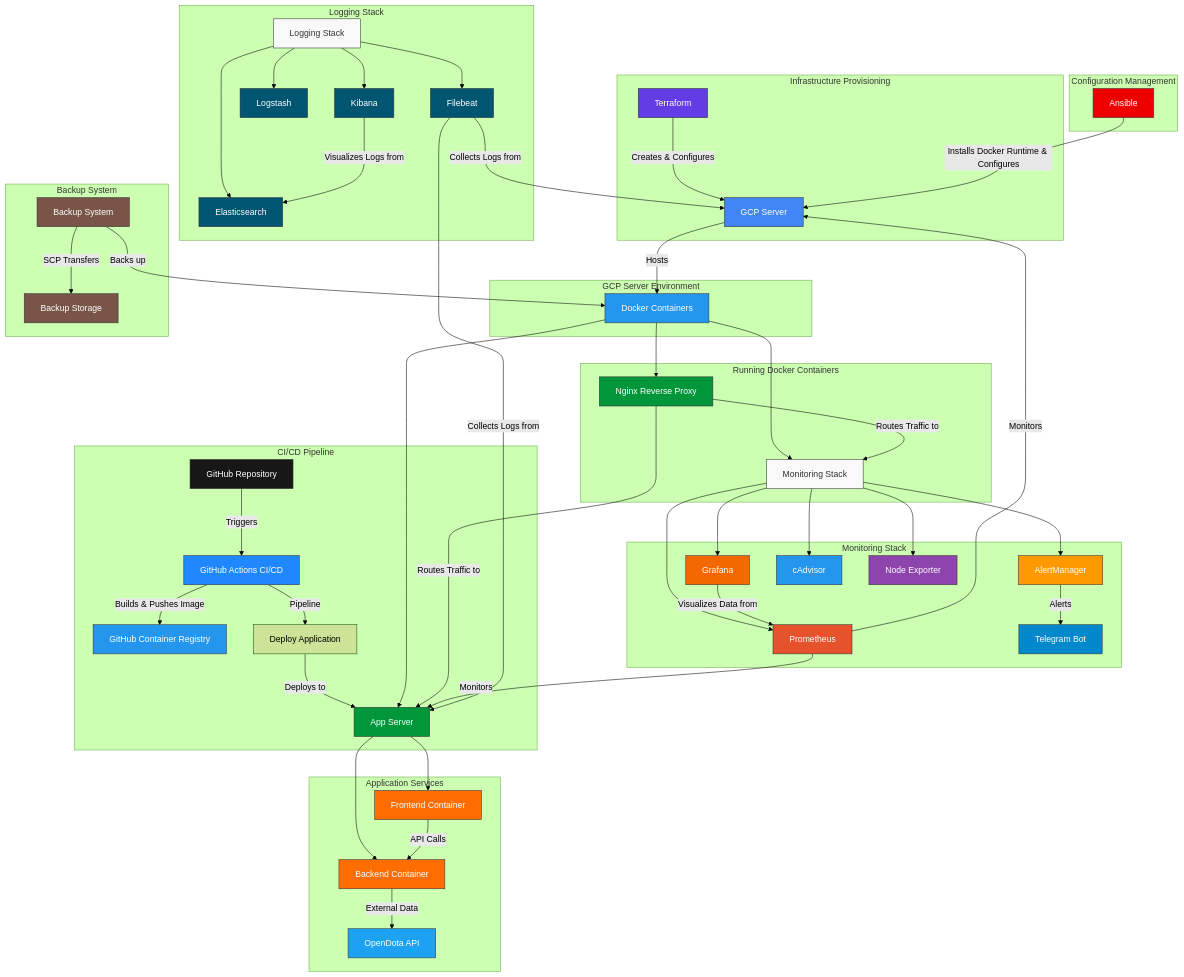
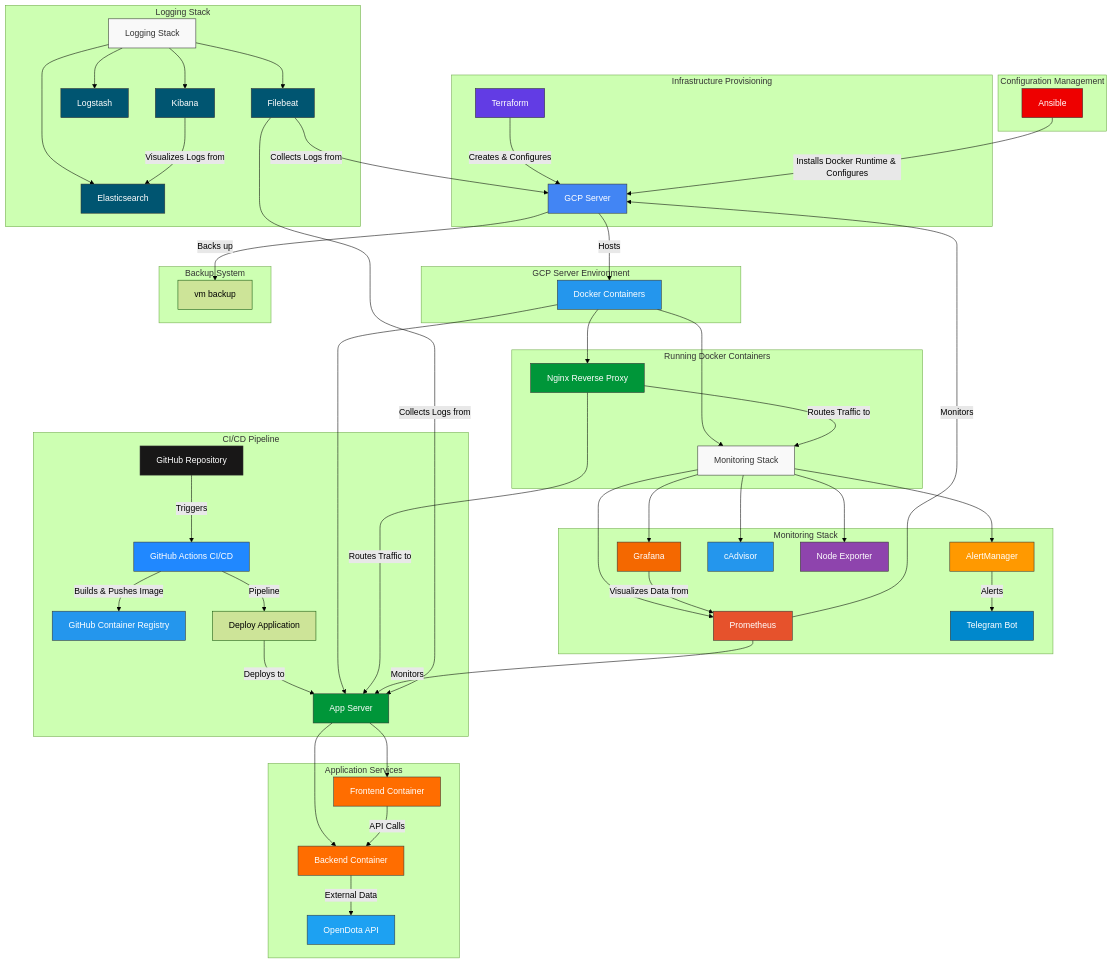
Before and after one commit to svdbel/GameStats-Hub: the diagram in README.md, drawn with Mermaid (forest theme).

````diff
--- a/README.md
+++ b/README.md
@@ -71,8 +71,7 @@
     end
 
     subgraph "Backup System"
-        Backup[Backup System] -- "SCP Transfers" --> BackupStorage[Backup Storage]
-        Backup -- "Backs up" --> DockerContainers
+        GCPServer -- "Backs up" --> VM[vm backup]
     end
 
     %% Define Styles
@@ -100,6 +99,4 @@
     style Logstash fill:#005571,stroke:#333,stroke-width:1px,color:#fff
     style Filebeat fill:#005571,stroke:#333,stroke-width:1px,color:#fff
     style TelegramBot fill:#0088CC,stroke:#333,stroke-width:1px,color:#fff
-    style Backup fill:#795548,stroke:#333,stroke-width:1px,color:#fff
-    style BackupStorage fill:#795548,stroke:#333,stroke-width:1px,color:#fff
 ```
````
